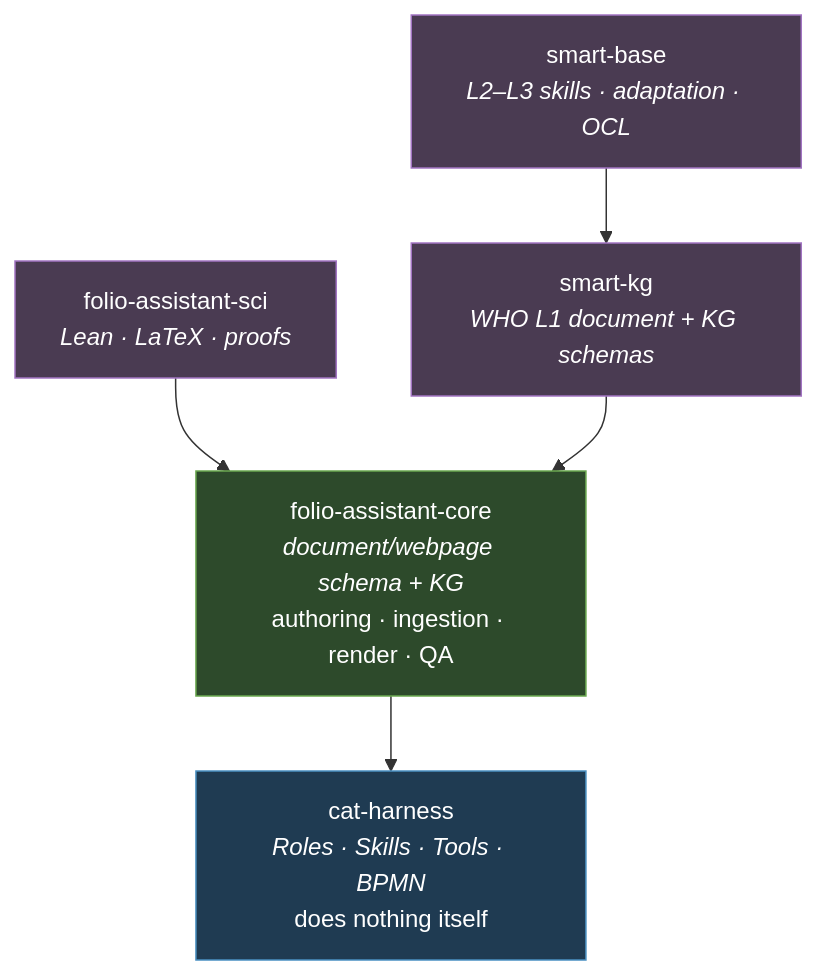
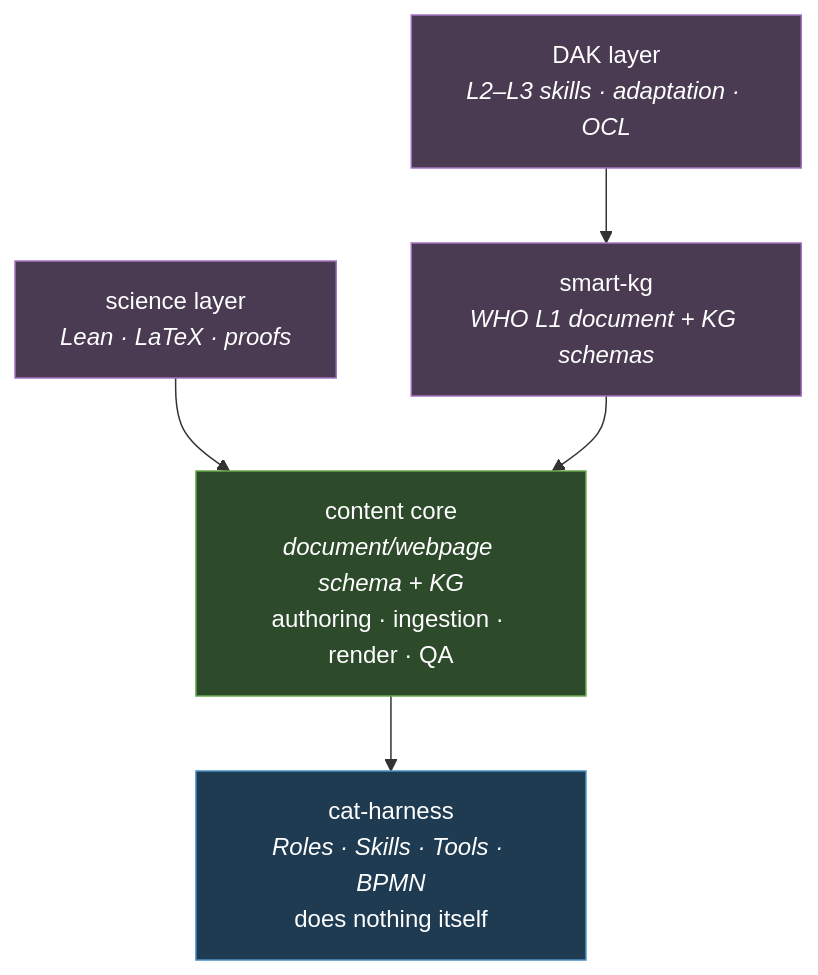
Before and after one commit to litlfred/cat-harness: the diagram in docs/concepts/architecture/future-state.md, drawn with Mermaid. The commit also changed other lines of this file and 123 other files, not shown here.

````diff
--- a/docs/concepts/architecture/future-state.md
+++ b/docs/concepts/architecture/future-state.md
@@ -27,20 +27,20 @@
 ```mermaid
 flowchart TD
     AH[cat-harness<br/><i>Roles · Skills · Tools · BPMN</i><br/>does nothing itself]
-    CORE[folio-assistant-core<br/><i>document/webpage schema + KG</i><br/>authoring · ingestion · render · QA]
-    SCI[folio-assistant-sci<br/><i>Lean · LaTeX · proofs</i>]
+    CORE[content core<br/><i>document/webpage schema + KG</i><br/>authoring · ingestion · render · QA]
+    SCI[science layer<br/><i>Lean · LaTeX · proofs</i>]
     KG[smart-kg<br/><i>WHO L1 document + KG schemas</i>]
-    BASE[smart-base<br/><i>L2–L3 skills · adaptation · OCL</i>]
+    BASE[DAK layer<br/><i>L2–L3 skills · adaptation · OCL</i>]
 
     CORE --> AH
     SCI --> CORE
     KG --> CORE
     BASE --> KG
 
     classDef harness fill:#1f3b52,stroke:#4a90c2,color:#fff
     classDef core fill:#2d4a2b,stroke:#6aa84f,color:#fff
     classDef leaf fill:#4a3b52,stroke:#a274c2,color:#fff
     class AH harness
     class CORE core
     class SCI,KG,BASE leaf
 ```
````
